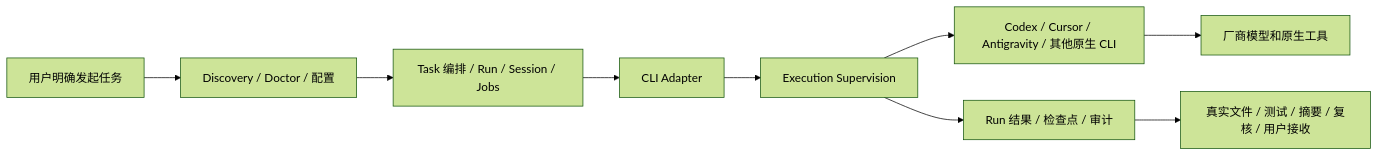
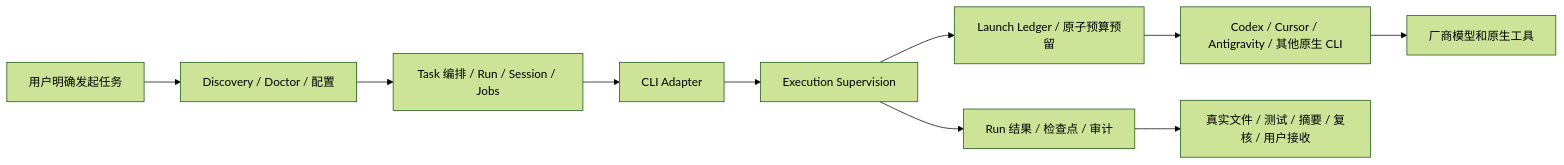
Before and after one commit to Garden12138/xcli: the diagram in docs/ARCHITECTURE.md, drawn with Mermaid (forest theme). The commit also changed other lines of this file and 79 other files, not shown here.

Commit message:
feat(runtime): add R4.1 launch ledger and execution budgets

````diff
--- a/docs/ARCHITECTURE.md
+++ b/docs/ARCHITECTURE.md
@@ -5,11 +5,12 @@
 ```mermaid
 flowchart LR
     U[用户明确发起任务] --> D[Discovery / Doctor / 配置]
     D --> O[Task 编排 / Run / Session / Jobs]
     O --> A[CLI Adapter]
     A --> S[Execution Supervision]
-    S --> N[Codex / Cursor / Antigravity / 其他原生 CLI]
+    S --> L[Launch Ledger / 原子预算预留]
+    L --> N[Codex / Cursor / Antigravity / 其他原生 CLI]
     N --> V[厂商模型和原生工具]
     S --> R[Run 结果 / 检查点 / 审计]
     R --> F[真实文件 / 测试 / 摘要 / 复核 / 用户接收]
 ```
````
